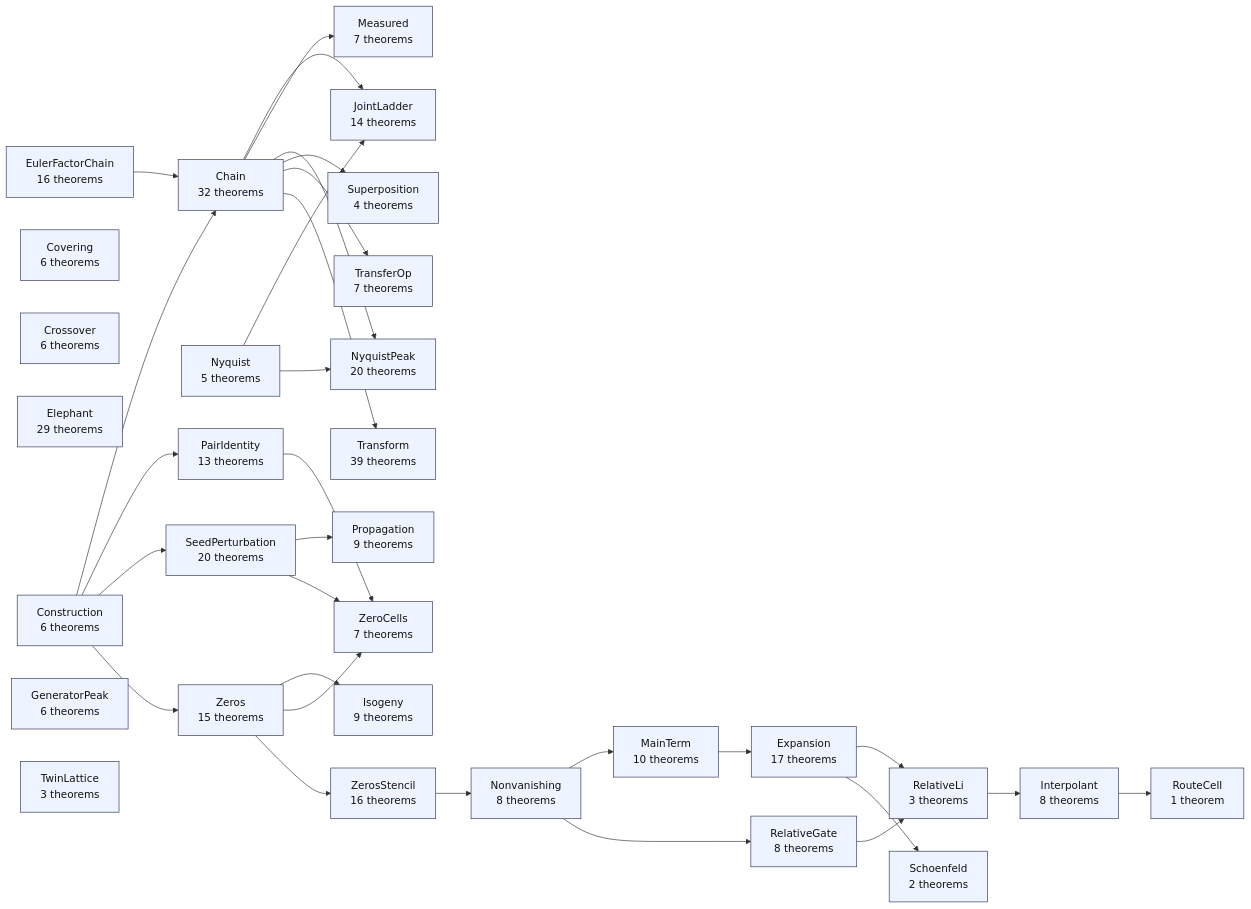
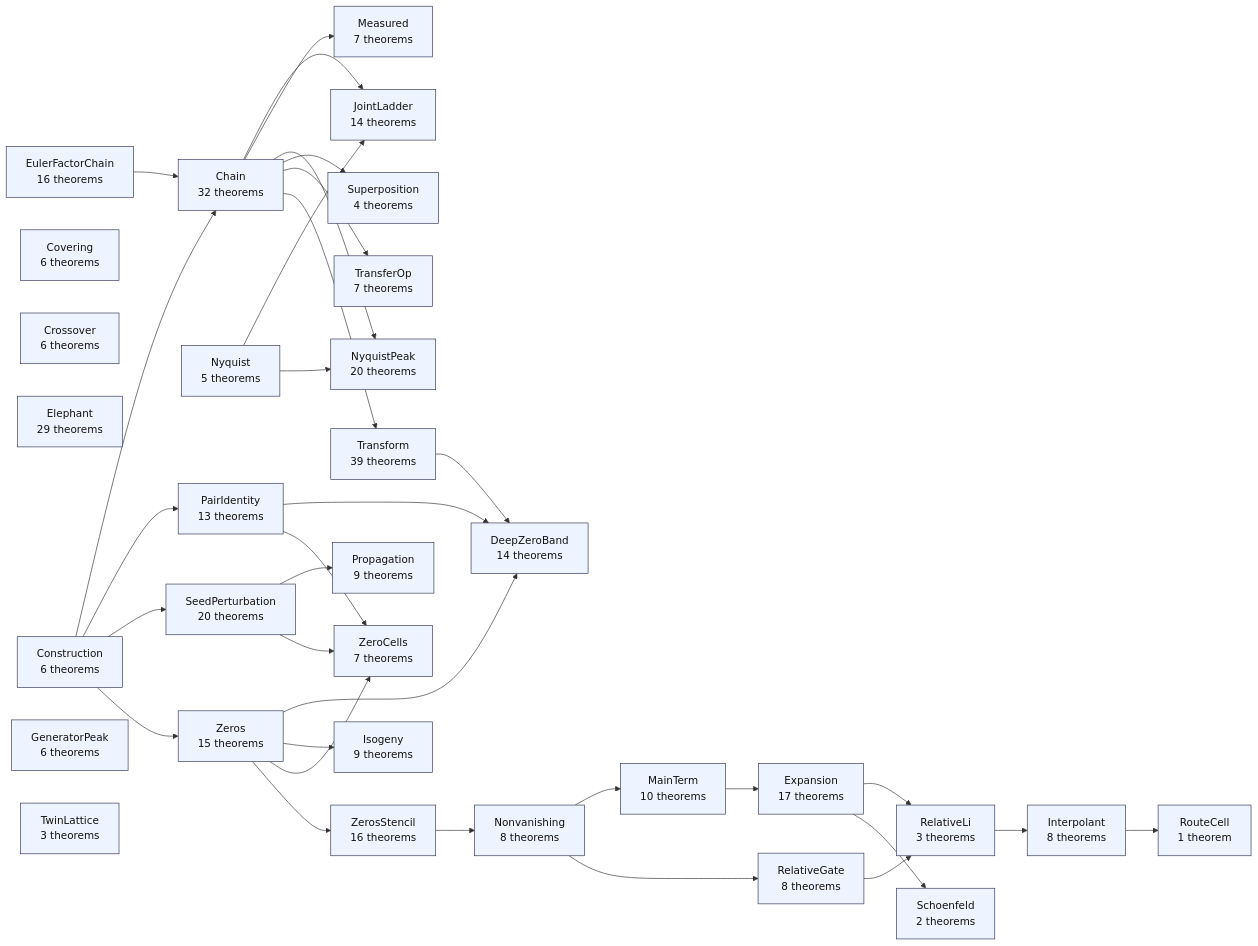
One commit to juliansambranojr/Primebeat_081426 changed the diagram in map/lean/FILES.mmd. Above: the diagram before and after it, drawn with Mermaid. The commit also changed 20 other files, not shown here.

First line of the commit message:
Map refreshed from Lean after B1 (DeepZeroBand)

```diff
--- a/map/lean/FILES.mmd
+++ b/map/lean/FILES.mmd
@@ -1,67 +1,71 @@
 flowchart LR
   f0["Chain<br/>32 theorems"]:::thm
   f1["Construction<br/>6 theorems"]:::thm
   f2["Covering<br/>6 theorems"]:::thm
   f3["Crossover<br/>6 theorems"]:::thm
-  f4["Elephant<br/>29 theorems"]:::thm
-  f5["EulerFactorChain<br/>16 theorems"]:::thm
-  f6["Expansion<br/>17 theorems"]:::thm
-  f7["GeneratorPeak<br/>6 theorems"]:::thm
-  f8["Interpolant<br/>8 theorems"]:::thm
-  f9["Isogeny<br/>9 theorems"]:::thm
-  f10["JointLadder<br/>14 theorems"]:::thm
-  f11["MainTerm<br/>10 theorems"]:::thm
-  f12["Measured<br/>7 theorems"]:::thm
-  f13["Nonvanishing<br/>8 theorems"]:::thm
-  f14["Nyquist<br/>5 theorems"]:::thm
-  f15["NyquistPeak<br/>20 theorems"]:::thm
-  f16["PairIdentity<br/>13 theorems"]:::thm
-  f17["Propagation<br/>9 theorems"]:::thm
-  f18["RelativeGate<br/>8 theorems"]:::thm
-  f19["RelativeLi<br/>3 theorems"]:::thm
-  f20["RouteCell<br/>1 theorem"]:::thm
-  f21["Schoenfeld<br/>2 theorems"]:::thm
-  f22["SeedPerturbation<br/>20 theorems"]:::thm
-  f23["Superposition<br/>4 theorems"]:::thm
-  f24["TransferOp<br/>7 theorems"]:::thm
-  f25["Transform<br/>39 theorems"]:::thm
-  f26["TwinLattice<br/>3 theorems"]:::thm
-  f27["ZeroCells<br/>7 theorems"]:::thm
-  f28["Zeros<br/>15 theorems"]:::thm
-  f29["ZerosStencil<br/>16 theorems"]:::thm
+  f4["DeepZeroBand<br/>14 theorems"]:::thm
+  f5["Elephant<br/>29 theorems"]:::thm
+  f6["EulerFactorChain<br/>16 theorems"]:::thm
+  f7["Expansion<br/>17 theorems"]:::thm
+  f8["GeneratorPeak<br/>6 theorems"]:::thm
+  f9["Interpolant<br/>8 theorems"]:::thm
+  f10["Isogeny<br/>9 theorems"]:::thm
+  f11["JointLadder<br/>14 theorems"]:::thm
+  f12["MainTerm<br/>10 theorems"]:::thm
+  f13["Measured<br/>7 theorems"]:::thm
+  f14["Nonvanishing<br/>8 theorems"]:::thm
+  f15["Nyquist<br/>5 theorems"]:::thm
+  f16["NyquistPeak<br/>20 theorems"]:::thm
+  f17["PairIdentity<br/>13 theorems"]:::thm
+  f18["Propagation<br/>9 theorems"]:::thm
+  f19["RelativeGate<br/>8 theorems"]:::thm
+  f20["RelativeLi<br/>3 theorems"]:::thm
+  f21["RouteCell<br/>1 theorem"]:::thm
+  f22["Schoenfeld<br/>2 theorems"]:::thm
+  f23["SeedPerturbation<br/>20 theorems"]:::thm
+  f24["Superposition<br/>4 theorems"]:::thm
+  f25["TransferOp<br/>7 theorems"]:::thm
+  f26["Transform<br/>39 theorems"]:::thm
+  f27["TwinLattice<br/>3 theorems"]:::thm
+  f28["ZeroCells<br/>7 theorems"]:::thm
+  f29["Zeros<br/>15 theorems"]:::thm
+  f30["ZerosStencil<br/>16 theorems"]:::thm
   f1 --> f0
-  f5 --> f0
-  f11 --> f6
-  f19 --> f8
-  f28 --> f9
-  f0 --> f10
-  f14 --> f10
-  f13 --> f11
-  f0 --> f12
-  f29 --> f13
-  f0 --> f15
-  f14 --> f15
-  f1 --> f16
-  f22 --> f17
-  f13 --> f18
-  f6 --> f19
-  f18 --> f19
-  f8 --> f20
-  f6 --> f21
-  f1 --> f22
-  f0 --> f23
+  f6 --> f0
+  f17 --> f4
+  f26 --> f4
+  f29 --> f4
+  f12 --> f7
+  f20 --> f9
+  f29 --> f10
+  f0 --> f11
+  f15 --> f11
+  f14 --> f12
+  f0 --> f13
+  f30 --> f14
+  f0 --> f16
+  f15 --> f16
+  f1 --> f17
+  f23 --> f18
+  f14 --> f19
+  f7 --> f20
+  f19 --> f20
+  f9 --> f21
+  f7 --> f22
+  f1 --> f23
   f0 --> f24
   f0 --> f25
-  f16 --> f27
-  f22 --> f27
-  f28 --> f27
-  f1 --> f28
-  f28 --> f29
+  f0 --> f26
+  f17 --> f28
+  f23 --> f28
+  f29 --> f28
+  f1 --> f29
+  f29 --> f30
   classDef cnt fill:#dff5ec,stroke:#17694a,color:#111
   classDef shp fill:#f1ecfb,stroke:#5b3fa0,color:#111
   classDef rh fill:#ffe5e5,stroke:#c22,color:#111,stroke-width:2px
   classDef thm fill:#eef4ff,stroke:#335,color:#111
   classDef end_ fill:#e7f7e7,stroke:#2a7,color:#111,stroke-width:2px
   classDef lone fill:#fff,stroke:#999,color:#111,stroke-dasharray:4 3
   classDef bad fill:#ffe5e5,stroke:#c22,color:#111,stroke-width:2px
   classDef ext fill:#fff8e1,stroke:#b80,color:#111
```
